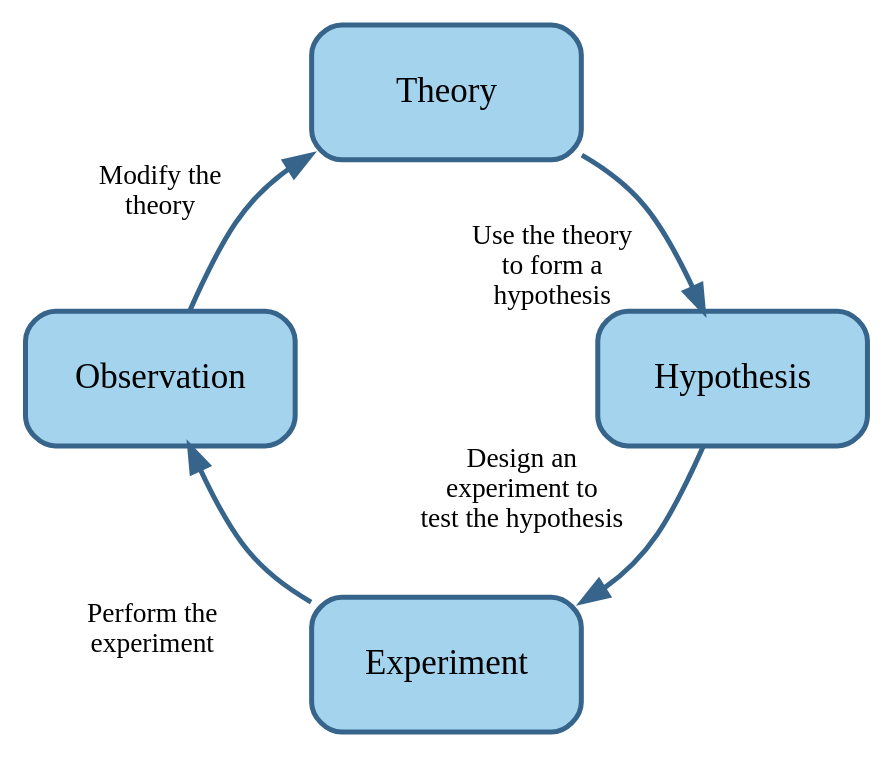
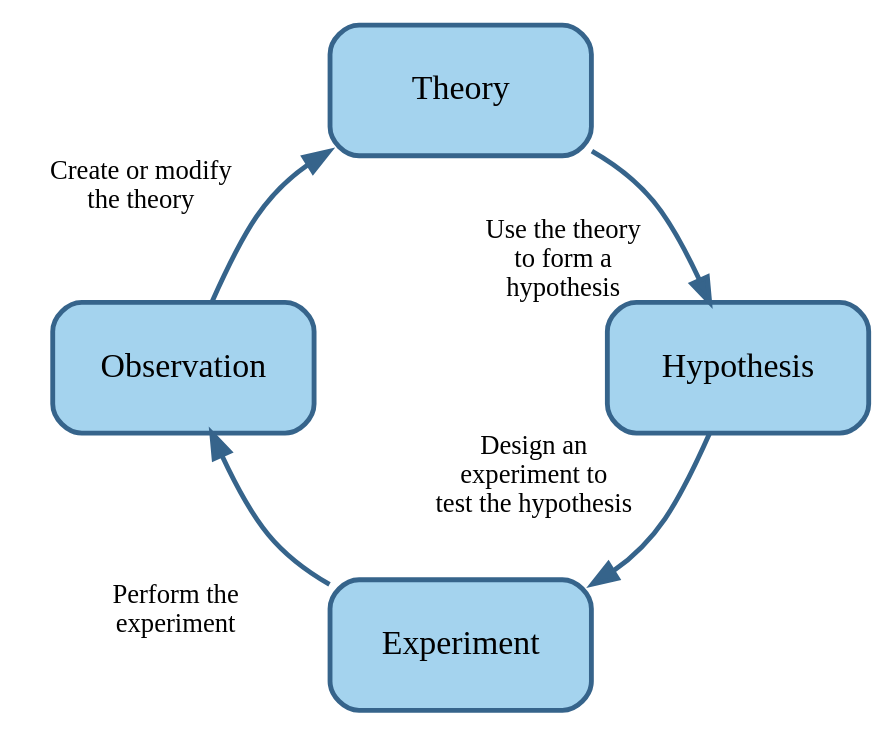
The first of 2 diagrams in docs/engineering.md (setms/book), drawn with Graphviz before and after one commit. The commit also changed other lines of this file and 5 other files, not shown here.

Commit message:
doc: Improve text, create own diagrams

````diff
--- a/docs/engineering.md
+++ b/docs/engineering.md
@@ -43,15 +44,15 @@
 ```dot process
 digraph scientific_method {
   size="6!";
   layout="circo";
   splines="curved";
   node [shape=rect, style="rounded,filled", fixedsize=true, width=1.5, height=0.75, fillcolor=lightskyblue2,
     color=steelblue4, penwidth=2];
   edge [fontsize=11, color=steelblue4, penwidth=2];
 
   Experiment -> Observation [label = "\n\nPerform the\nexperiment"];
-  Observation -> Theory [label = "Modify the\ntheory"];
+  Observation -> Theory [label = "Create or modify\nthe theory"];
   Theory -> Hypothesis [label = "Use the theory\nto form a\nhypothesis"];
   Hypothesis -> Experiment [label = "Design an\nexperiment to\ntest the hypothesis"];
 }
 ```
````
